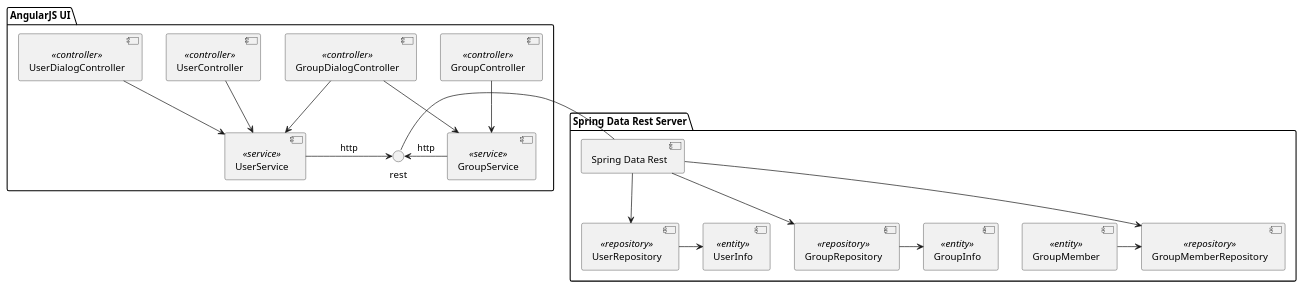
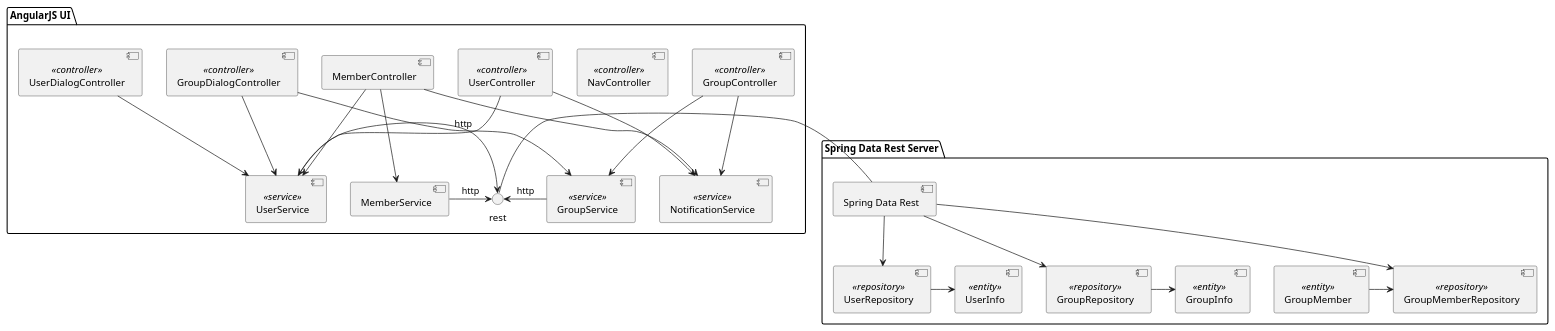
One commit to corneil/spring-data-rest-angular-demo-old changed the diagram in src/docs/images/spring-data-rest-demo-components.puml. Above: the diagram before and after it, drawn with PlantUML. The commit also changed 44 other files, not shown here.

```diff
--- a/src/docs/images/spring-data-rest-demo-components.puml
+++ b/src/docs/images/spring-data-rest-demo-components.puml
@@ -1,35 +1,43 @@
 @startuml
 
 package "AngularJS UI" {
+    [NavController] << controller >>
+    [NotificationService] << service >>
     [UserController] << controller >>
     [UserService] << service >>
     [UserDialogController] << controller >>
     [UserController] -down-> [UserService]
+    [UserController] -down-> [NotificationService]
     [UserDialogController] -down-> [UserService]
     [UserService] -right-> rest : http
     [GroupController] << controller >>
     [GroupService] << service >>
     [GroupDialogController] << controller >>
     [GroupDialogController] -down-> [UserService]
     [GroupController] -down-> [GroupService]
+    [GroupController] -down-> [NotificationService]
     [GroupDialogController] -down-> [GroupService]
     [GroupService] -left-> rest : http
+    [MemberController] -down-> [MemberService]
+    [MemberController] -> [NotificationService]
+    [MemberController] -down-> [UserService]
+    [MemberService] -> rest : http
 }
 
 package "Spring Data Rest Server" {
     [UserInfo] << entity >>
     [GroupInfo] << entity >>
     [GroupMember] << entity >>
     [UserRepository] << repository >>
     [GroupRepository] << repository >>
     [GroupMemberRepository] << repository >>
     [UserRepository] -> [UserInfo]
     [GroupRepository] -> [GroupInfo]
     [GroupMember] -> [GroupMemberRepository]
     rest - [Spring Data Rest]
     [Spring Data Rest] --> [UserRepository]
     [Spring Data Rest] --> [GroupRepository]
     [Spring Data Rest] --> [GroupMemberRepository]
 }
 
 @enduml
```
